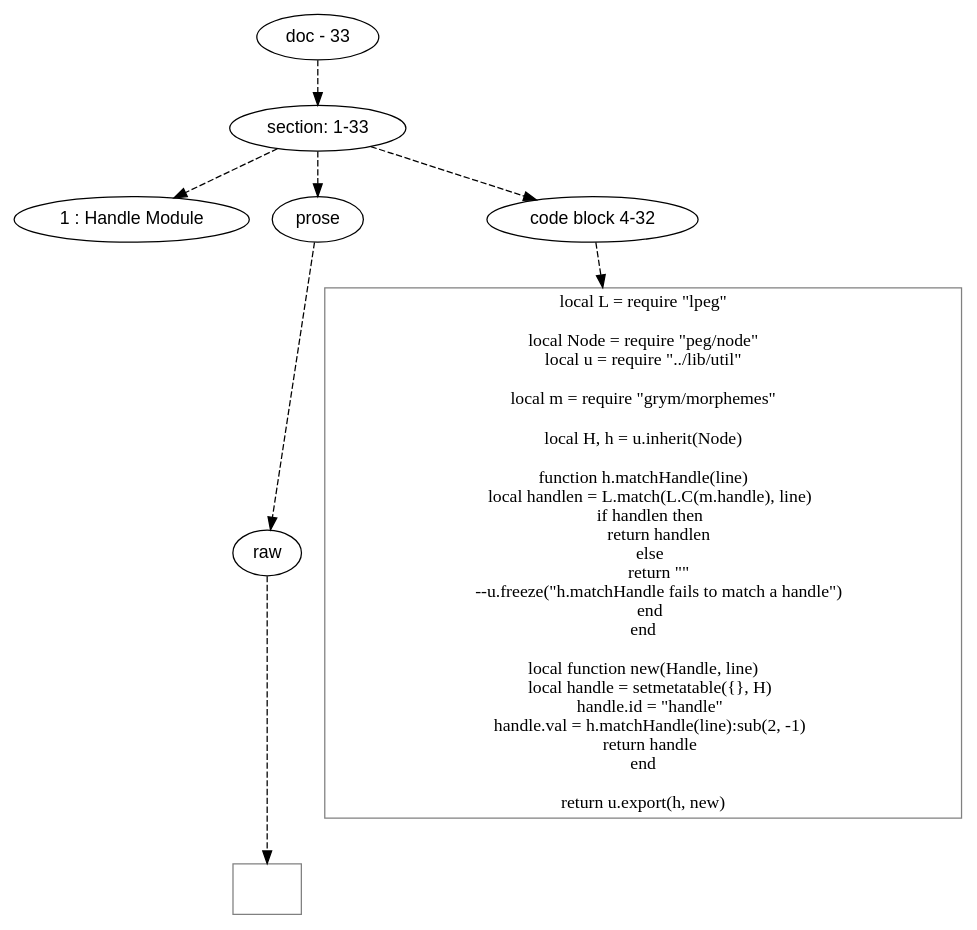
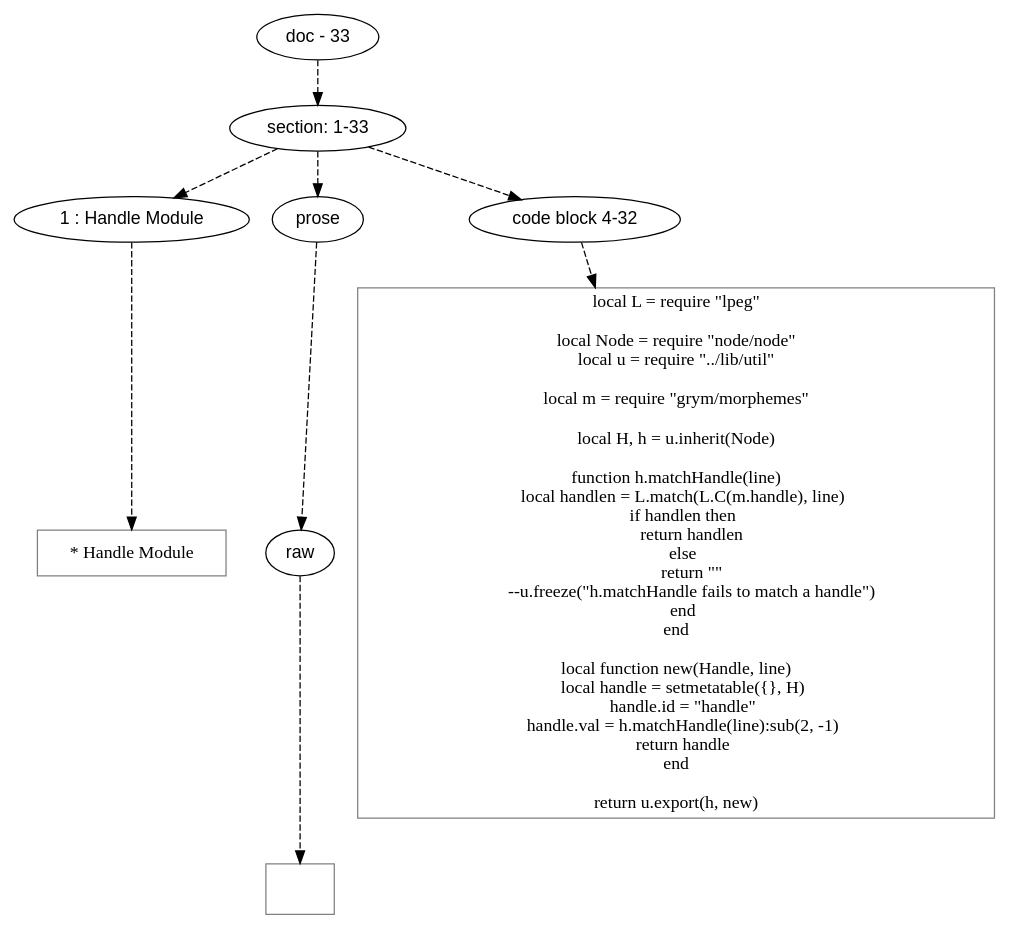
The diagram in doc/dot/grym/handle.dot (mnemnion/orb), drawn with Graphviz before and after one commit. The commit also changed 138 other files, not shown here.

```diff
--- a/doc/dot/grym/handle.dot
+++ b/doc/dot/grym/handle.dot
@@ -1,64 +1,66 @@
 digraph hierarchy {
 
 node [fontname=Helvetica]
 edge [style=dashed]
 
 doc_0 [label="doc - 33"]
 
 
 doc_0 -> { section_1}
 {rank=same; section_1}
 
 section_1 [label="section: 1-33"]
 
 
 section_1 -> { header_2 prose_3 codeblock_4}
 {rank=same; header_2 prose_3 codeblock_4}
 
 header_2 [label="1 : Handle Module"]
 
 prose_3 [label="prose"]
 
 codeblock_4 [label="code block 4-32"]
 
 
-prose_3 -> { raw_5}
-{rank=same; raw_5}
+header_2 -> leaf_5
+leaf_5  [color=Gray,shape=rectangle,fontname=Inconsolata,label=" * Handle Module"]
+prose_3 -> { raw_6}
+{rank=same; raw_6}
 
-raw_5 [label="raw"]
+raw_6 [label="raw"]
 
 
-raw_5 -> leaf_6
-leaf_6  [color=Gray,shape=rectangle,fontname=Inconsolata,label="
+raw_6 -> leaf_7
+leaf_7  [color=Gray,shape=rectangle,fontname=Inconsolata,label="
 
 "]
-codeblock_4 -> leaf_7
-leaf_7  [color=Gray,shape=rectangle,fontname=Inconsolata,label="local L = require \"lpeg\"
+codeblock_4 -> leaf_8
+leaf_8  [color=Gray,shape=rectangle,fontname=Inconsolata,label="local L = require \"lpeg\"
 
-local Node = require \"peg/node\"
+local Node = require \"node/node\"
 local u = require \"../lib/util\"
 
 local m = require \"grym/morphemes\"
 
 local H, h = u.inherit(Node)
 
 function h.matchHandle(line)
     local handlen = L.match(L.C(m.handle), line)
     if handlen then
         return handlen
     else
         return \"\"
         --u.freeze(\"h.matchHandle fails to match a handle\")
     end
 end
 
 local function new(Handle, line)
     local handle = setmetatable({}, H)
     handle.id = \"handle\"
     handle.val = h.matchHandle(line):sub(2, -1)
     return handle
 end
 
 return u.export(h, new)"]
 
 }
```
